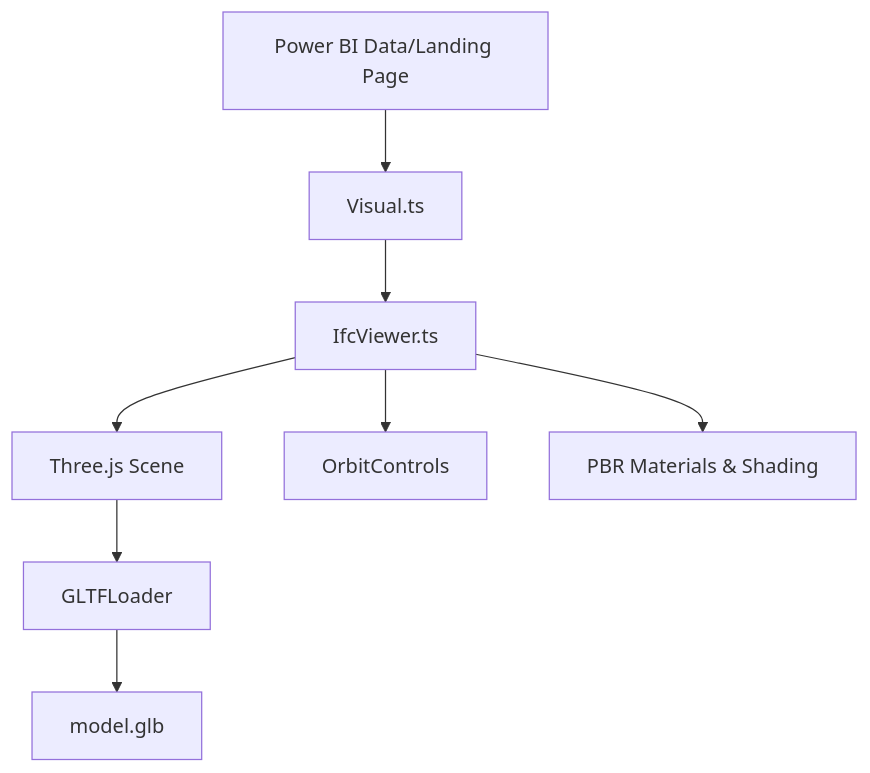
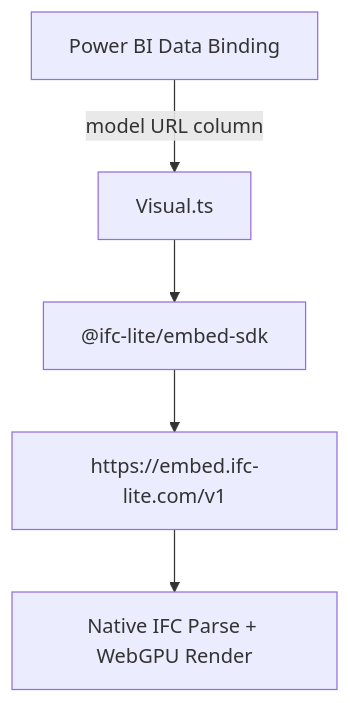
The diagram in README.md (textonym/ifcLiteViewer), drawn with Mermaid before and after one commit. The commit also changed other lines of this file and 10 other files, not shown here.

First line of the commit message:
refactor: replace Three.js pipeline with @ifc-lite/embed-sdk

````diff
--- a/README.md
+++ b/README.md
@@ -9,10 +7,7 @@
 ```mermaid
 graph TD
-    A[Power BI Data/Landing Page] --> B[Visual.ts]
-    B --> C[IfcViewer.ts]
-    C --> D[Three.js Scene]
-    D --> E[GLTFLoader]
-    E --> F[model.glb]
-    C --> G[OrbitControls]
-    C --> H[PBR Materials & Shading]
+    A[Power BI Data Binding] -->|model URL column| B[Visual.ts]
+    B --> C["@ifc-lite/embed-sdk"]
+    C --> D["https://embed.ifc-lite.com/v1"]
+    D --> E[Native IFC Parse + WebGPU Render]
 ```
````
